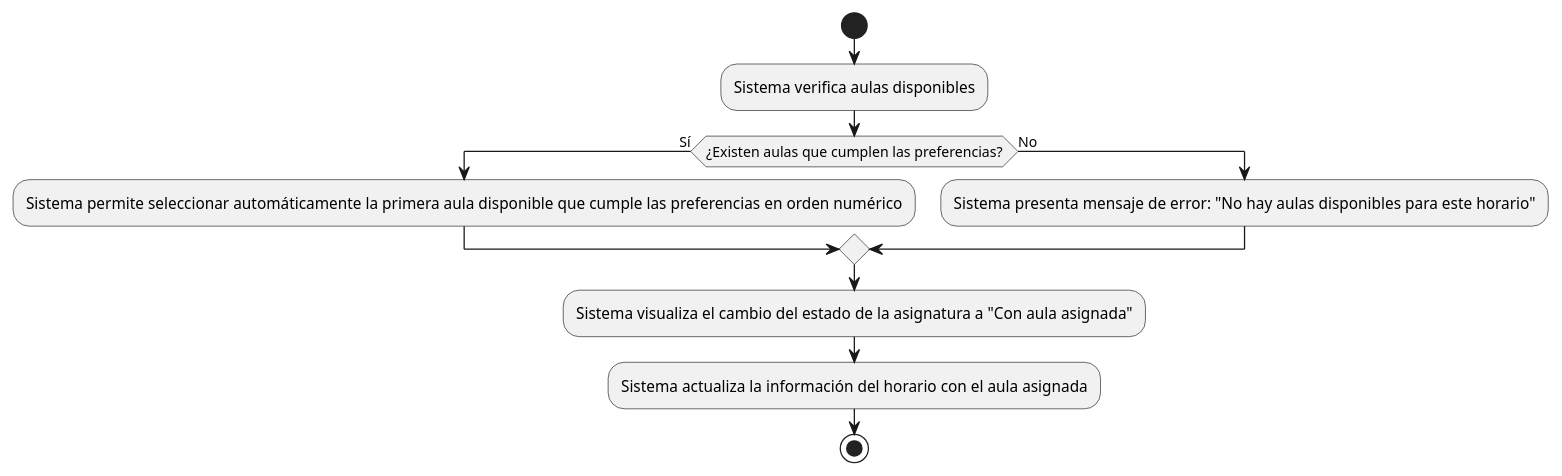
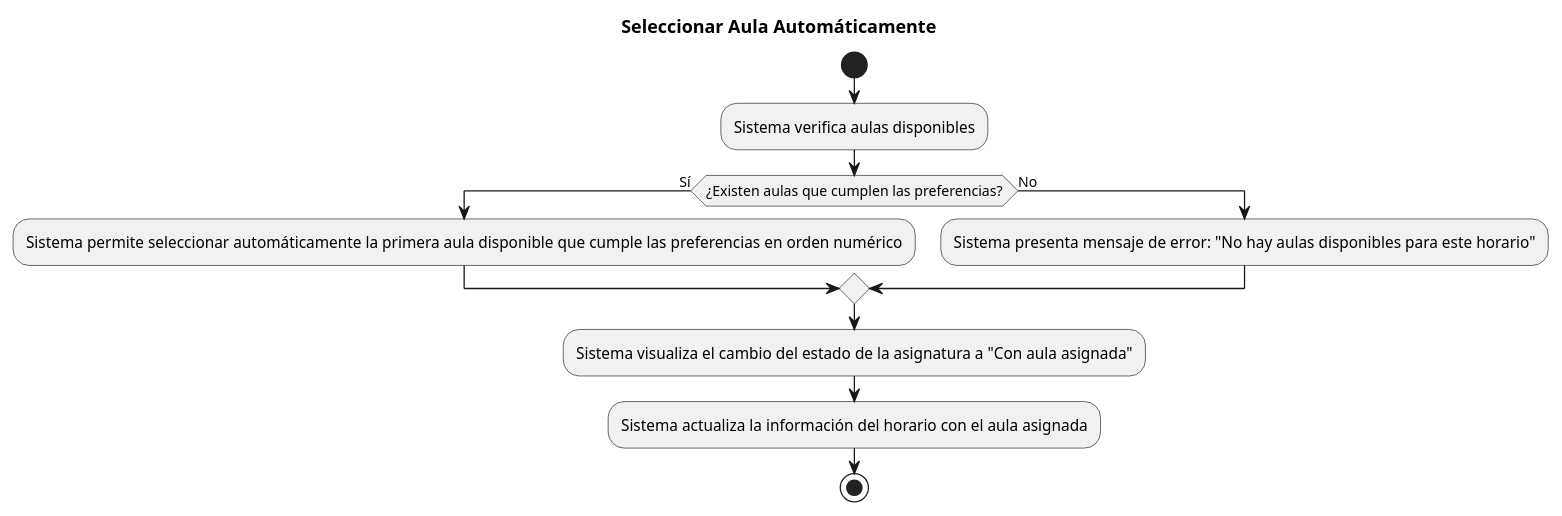
Before and after one commit to mmasias/24-25-IdSw1-SDR: the diagram in casosDeUso/plantUML/SeleccionarAulaAutomaticamente.puml, drawn with PlantUML. The commit also changed 41 other files, not shown here.

```diff
--- a/casosDeUso/plantUML/SeleccionarAulaAutomaticamente.puml
+++ b/casosDeUso/plantUML/SeleccionarAulaAutomaticamente.puml
@@ -1,12 +1,13 @@
 @startuml
+title Seleccionar Aula Automáticamente
 start
 :Sistema verifica aulas disponibles;
 if (¿Existen aulas que cumplen las preferencias?) then (Sí)
   :Sistema permite seleccionar automáticamente la primera aula disponible que cumple las preferencias en orden numérico;
 else (No)
   :Sistema presenta mensaje de error: "No hay aulas disponibles para este horario";
 endif
 :Sistema visualiza el cambio del estado de la asignatura a "Con aula asignada";
 :Sistema actualiza la información del horario con el aula asignada;
 stop
 @enduml
```
